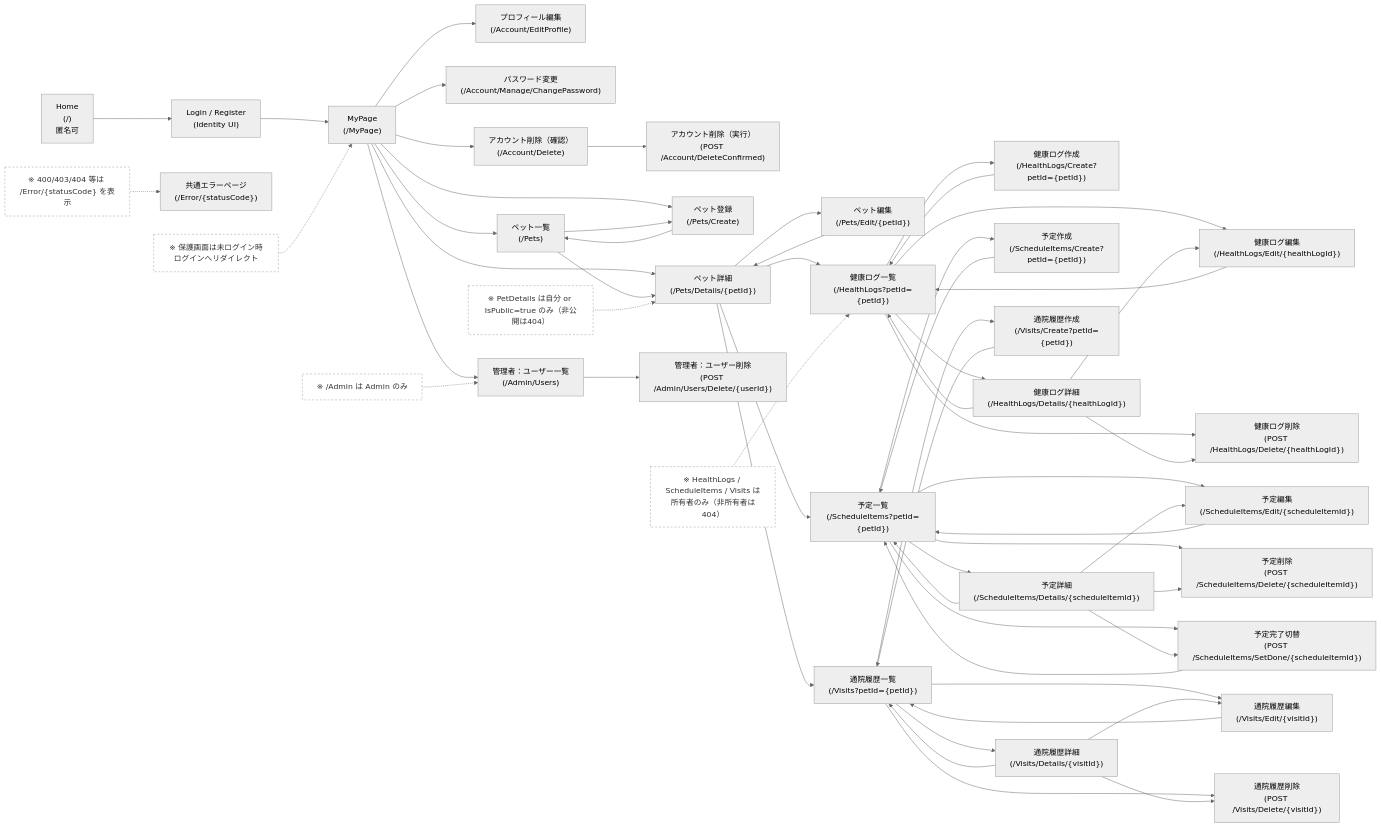
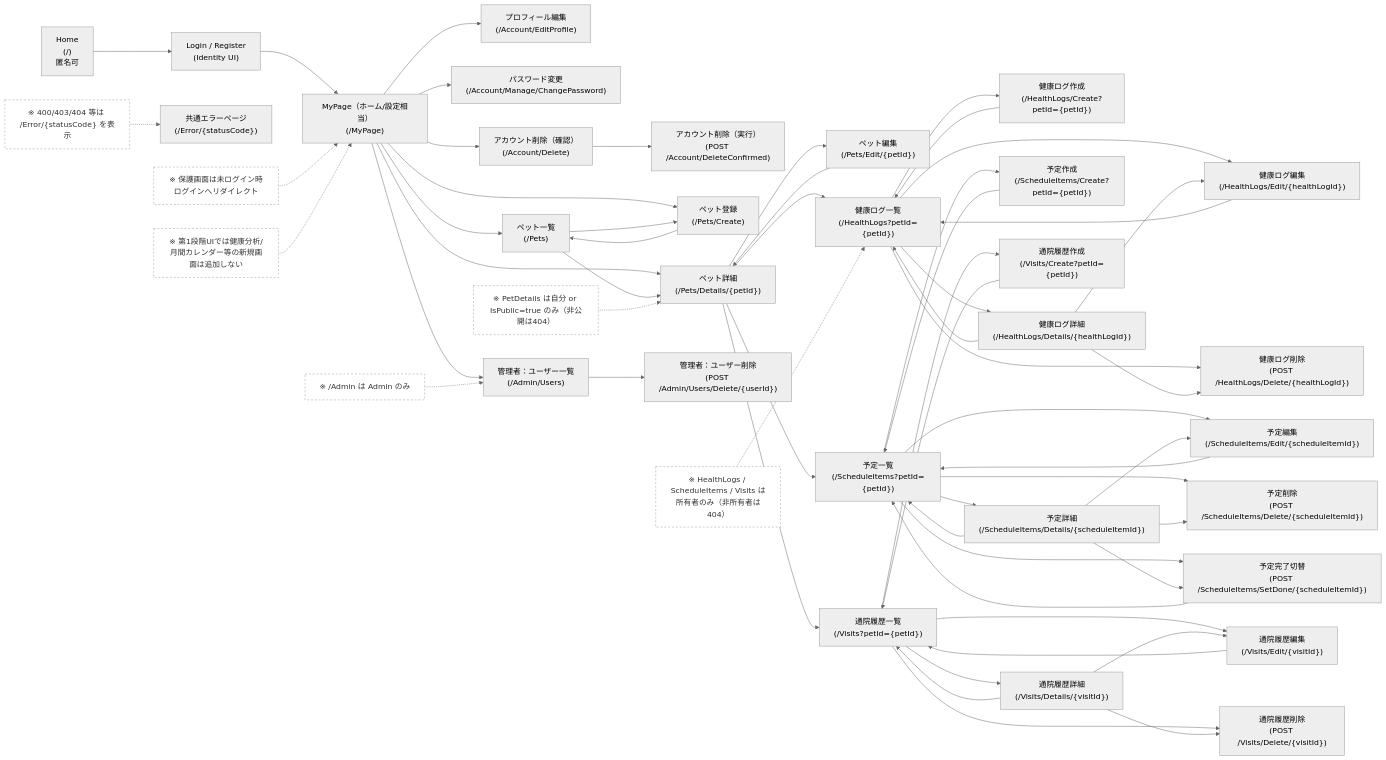
Before and after one commit to Cat5Dog2/PetHealthManagement: the diagram in docs/screen-transition-diagram.md, drawn with Mermaid (neutral theme). The commit also changed other lines of this file and 9 other files, not shown here.

````diff
--- a/docs/screen-transition-diagram.md
+++ b/docs/screen-transition-diagram.md
@@ -1,77 +3,79 @@
 ```mermaid
 flowchart LR
   Home["Home<br/>(/)<br/>匿名可"] --> Login["Login / Register<br/>(Identity UI)"]
 
-  Login --> MyPage["MyPage<br/>(/MyPage)"]
+  Login --> MyPage["MyPage（ホーム/設定相当）<br/>(/MyPage)"]
 
   MyPage --> EditProfile["プロフィール編集<br/>(/Account/EditProfile)"]
   MyPage --> ChangePassword["パスワード変更<br/>(/Account/Manage/ChangePassword)"]
   MyPage --> AccountDelete["アカウント削除（確認）<br/>(/Account/Delete)"]
   AccountDelete --> AccountDeleteConfirmed["アカウント削除（実行）<br/>(POST /Account/DeleteConfirmed)"]
 
   MyPage --> PetsIndex["ペット一覧<br/>(/Pets)"]
   MyPage --> PetCreate["ペット登録<br/>(/Pets/Create)"]
   MyPage --> PetDetails["ペット詳細<br/>(/Pets/Details/{petId})"]
 
   PetsIndex --> PetDetails
   PetsIndex --> PetCreate
   PetCreate --> PetsIndex
 
   PetDetails --> PetEdit["ペット編集<br/>(/Pets/Edit/{petId})"]
   PetEdit --> PetDetails
 
   PetDetails --> HealthLogsIndex["健康ログ一覧<br/>(/HealthLogs?petId={petId})"]
   HealthLogsIndex --> HealthLogCreate["健康ログ作成<br/>(/HealthLogs/Create?petId={petId})"]
   HealthLogsIndex --> HealthLogEdit["健康ログ編集<br/>(/HealthLogs/Edit/{healthLogId})"]
   HealthLogsIndex --> HealthLogDetails["健康ログ詳細<br/>(/HealthLogs/Details/{healthLogId})"]
   HealthLogsIndex --> HealthLogDelete["健康ログ削除<br/>(POST /HealthLogs/Delete/{healthLogId})"]
   HealthLogDetails --> HealthLogsIndex
   HealthLogDetails --> HealthLogEdit
   HealthLogDetails --> HealthLogDelete
   HealthLogCreate --> HealthLogsIndex
   HealthLogEdit --> HealthLogsIndex
 
   PetDetails --> ScheduleIndex["予定一覧<br/>(/ScheduleItems?petId={petId})"]
   ScheduleIndex --> ScheduleCreate["予定作成<br/>(/ScheduleItems/Create?petId={petId})"]
   ScheduleIndex --> ScheduleEdit["予定編集<br/>(/ScheduleItems/Edit/{scheduleItemId})"]
   ScheduleIndex --> ScheduleDetails["予定詳細<br/>(/ScheduleItems/Details/{scheduleItemId})"]
   ScheduleIndex --> ScheduleDelete["予定削除<br/>(POST /ScheduleItems/Delete/{scheduleItemId})"]
   ScheduleIndex --> ScheduleSetDone["予定完了切替<br/>(POST /ScheduleItems/SetDone/{scheduleItemId})"]
   ScheduleDetails --> ScheduleIndex
   ScheduleDetails --> ScheduleEdit
   ScheduleDetails --> ScheduleDelete
   ScheduleDetails --> ScheduleSetDone
   ScheduleCreate --> ScheduleIndex
   ScheduleEdit --> ScheduleIndex
   ScheduleSetDone --> ScheduleIndex
 
   PetDetails --> VisitsIndex["通院履歴一覧<br/>(/Visits?petId={petId})"]
   VisitsIndex --> VisitCreate["通院履歴作成<br/>(/Visits/Create?petId={petId})"]
   VisitsIndex --> VisitEdit["通院履歴編集<br/>(/Visits/Edit/{visitId})"]
   VisitsIndex --> VisitDetails["通院履歴詳細<br/>(/Visits/Details/{visitId})"]
   VisitsIndex --> VisitDelete["通院履歴削除<br/>(POST /Visits/Delete/{visitId})"]
   VisitDetails --> VisitsIndex
   VisitDetails --> VisitEdit
   VisitDetails --> VisitDelete
   VisitCreate --> VisitsIndex
   VisitEdit --> VisitsIndex
 
   MyPage --> AdminUsers["管理者：ユーザー一覧<br/>(/Admin/Users)"]
   AdminUsers --> AdminUserDelete["管理者：ユーザー削除<br/>(POST /Admin/Users/Delete/{userId})"]
 
   ErrorPage["共通エラーページ<br/>(/Error/{statusCode})"]
 
   NoteAuth["※ 保護画面は未ログイン時ログインへリダイレクト"]:::note
   NoteOwner["※ HealthLogs / ScheduleItems / Visits は所有者のみ（非所有者は404）"]:::note
   NotePublic["※ PetDetails は自分 or IsPublic=true のみ（非公開は404）"]:::note
   NoteAdmin["※ /Admin は Admin のみ"]:::note
   NoteError["※ 400/403/404 等は /Error/{statusCode} を表示"]:::note
+  NotePhase1["※ 第1段階UIでは健康分析/月間カレンダー等の新規画面は追加しない"]:::note
 
   NoteAuth -.-> MyPage
   NoteOwner -.-> HealthLogsIndex
   NotePublic -.-> PetDetails
   NoteAdmin -.-> AdminUsers
   NoteError -.-> ErrorPage
+  NotePhase1 -.-> MyPage
 
   classDef note fill:#fff,stroke:#999,stroke-dasharray: 4 4,color:#333;
 ```
````
